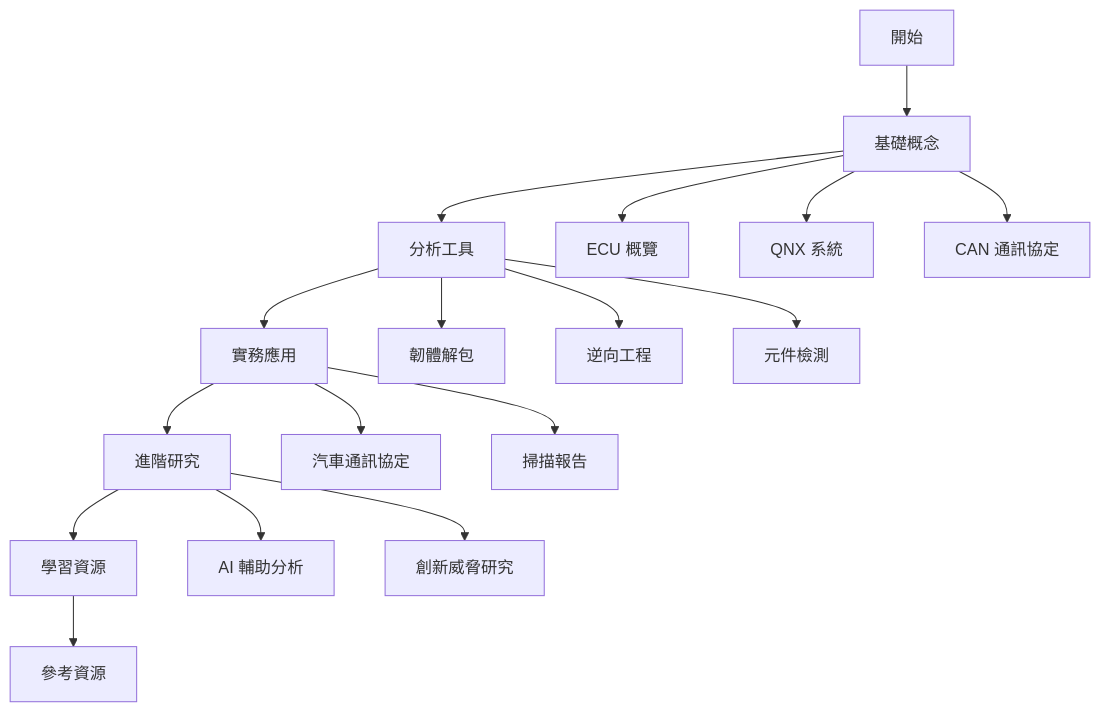
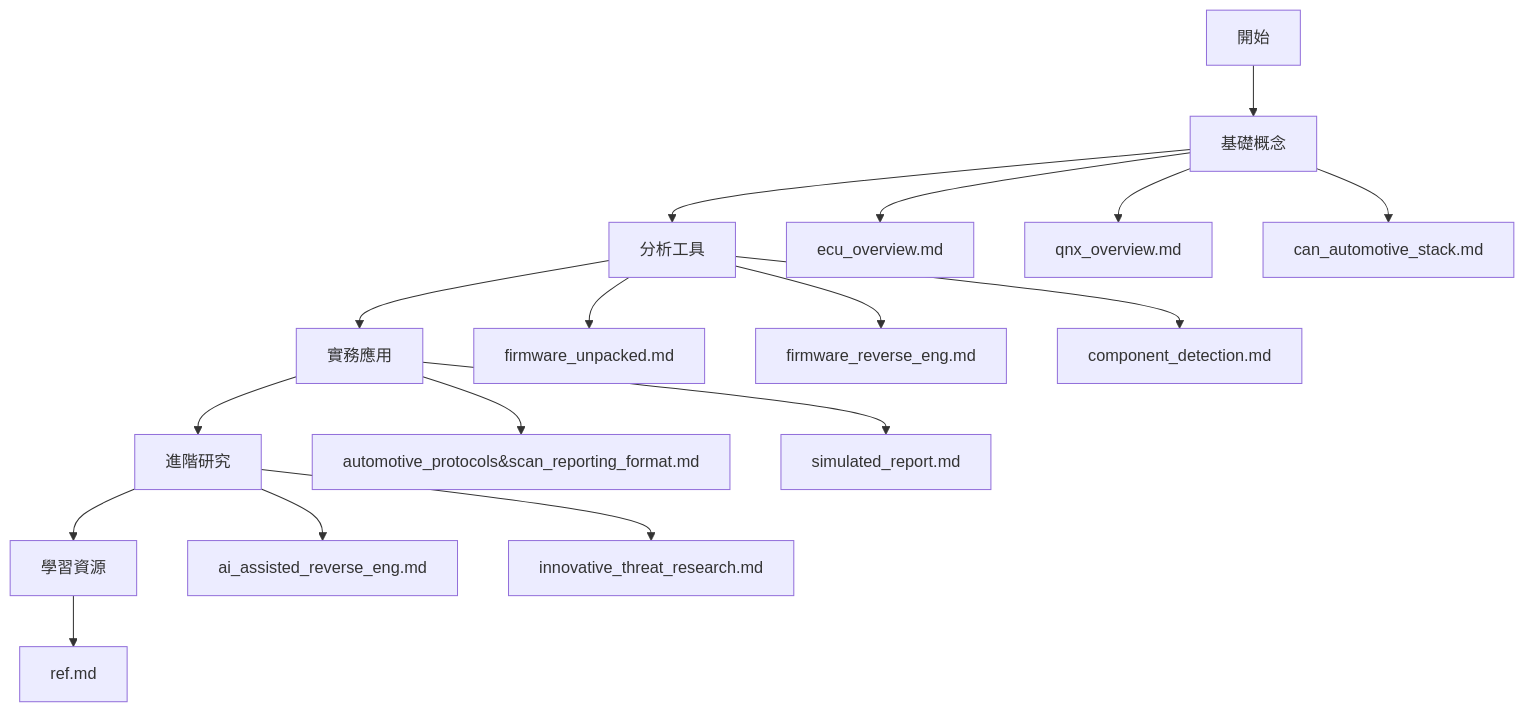
The second of 2 diagrams in README.md (dennislee928/firmware-research-demo), drawn with Mermaid before and after one commit.

Commit message:
update: 修改讓閱讀順序更加明確

````diff
--- a/README.md
+++ b/README.md
@@ -43,24 +43,24 @@
 ```mermaid
 flowchart TD
     A[開始] --> B[基礎概念]
     B --> C[分析工具]
     C --> D[實務應用]
     D --> E[進階研究]
     E --> F[學習資源]
 
-    B --> B1[ECU 概覽]
-    B --> B2[QNX 系統]
-    B --> B3[CAN 通訊協定]
+    B --> B1[ecu_overview.md]
+    B --> B2[qnx_overview.md]
+    B --> B3[can_automotive_stack.md]
 
-    C --> C1[韌體解包]
-    C --> C2[逆向工程]
-    C --> C3[元件檢測]
+    C --> C1[firmware_unpacked.md]
+    C --> C2[firmware_reverse_eng.md]
+    C --> C3[component_detection.md]
 
-    D --> D1[汽車通訊協定]
-    D --> D2[掃描報告]
+    D --> D1[automotive_protocols&scan_reporting_format.md]
+    D --> D2[simulated_report.md]
 
-    E --> E1[AI 輔助分析]
-    E --> E2[創新威脅研究]
+    E --> E1[ai_assisted_reverse_eng.md]
+    E --> E2[innovative_threat_research.md]
 
-    F --> F1[參考資源]
+    F --> F1[ref.md]
 ```
````
